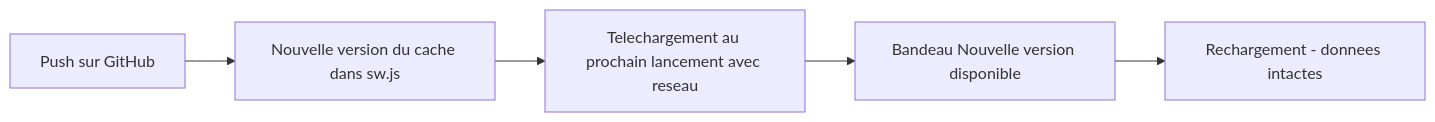
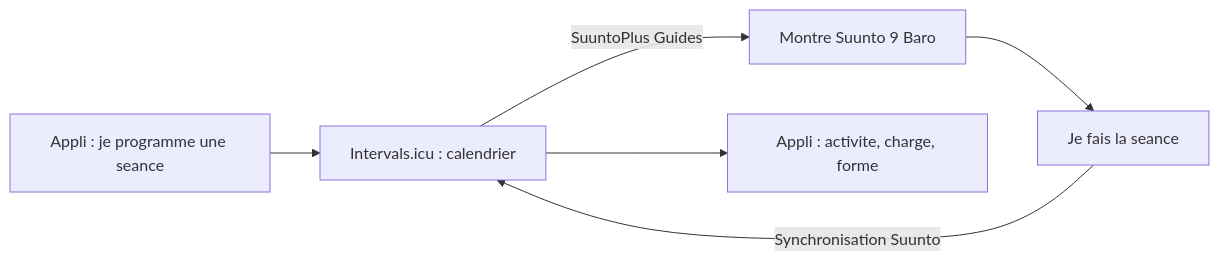
Before and after one commit to quentinmonnier04/appli-triathlon: the first of 3 diagrams in CLAUDE.md, drawn with Mermaid. The commit also changed other lines of this file, not shown here.

````diff
--- a/CLAUDE.md
+++ b/CLAUDE.md
@@ -551,7 +74,8 @@
 ```mermaid
 flowchart LR
-    A["Push sur GitHub"] --> B["Nouvelle version du cache dans sw.js"]
-    B --> C["Telechargement au prochain lancement avec reseau"]
-    C --> D["Bandeau Nouvelle version disponible"]
-    D --> E["Rechargement - donnees intactes"]
+    A["Appli : je programme une seance"] --> B["Intervals.icu : calendrier"]
+    B -->|"SuuntoPlus Guides"| C["Montre Suunto 9 Baro"]
+    C --> D["Je fais la seance"]
+    D -->|"Synchronisation Suunto"| B
+    B --> E["Appli : activite, charge, forme"]
 ```
````
